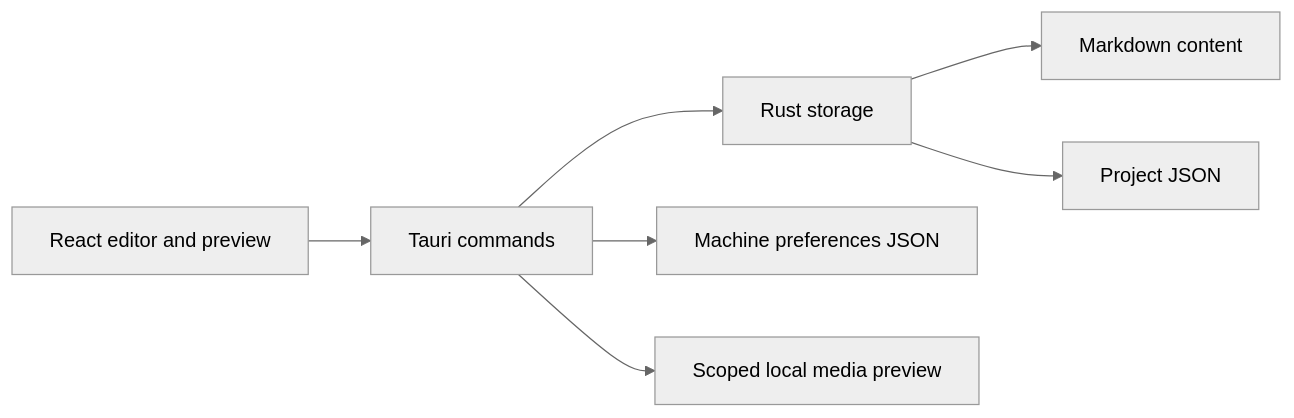
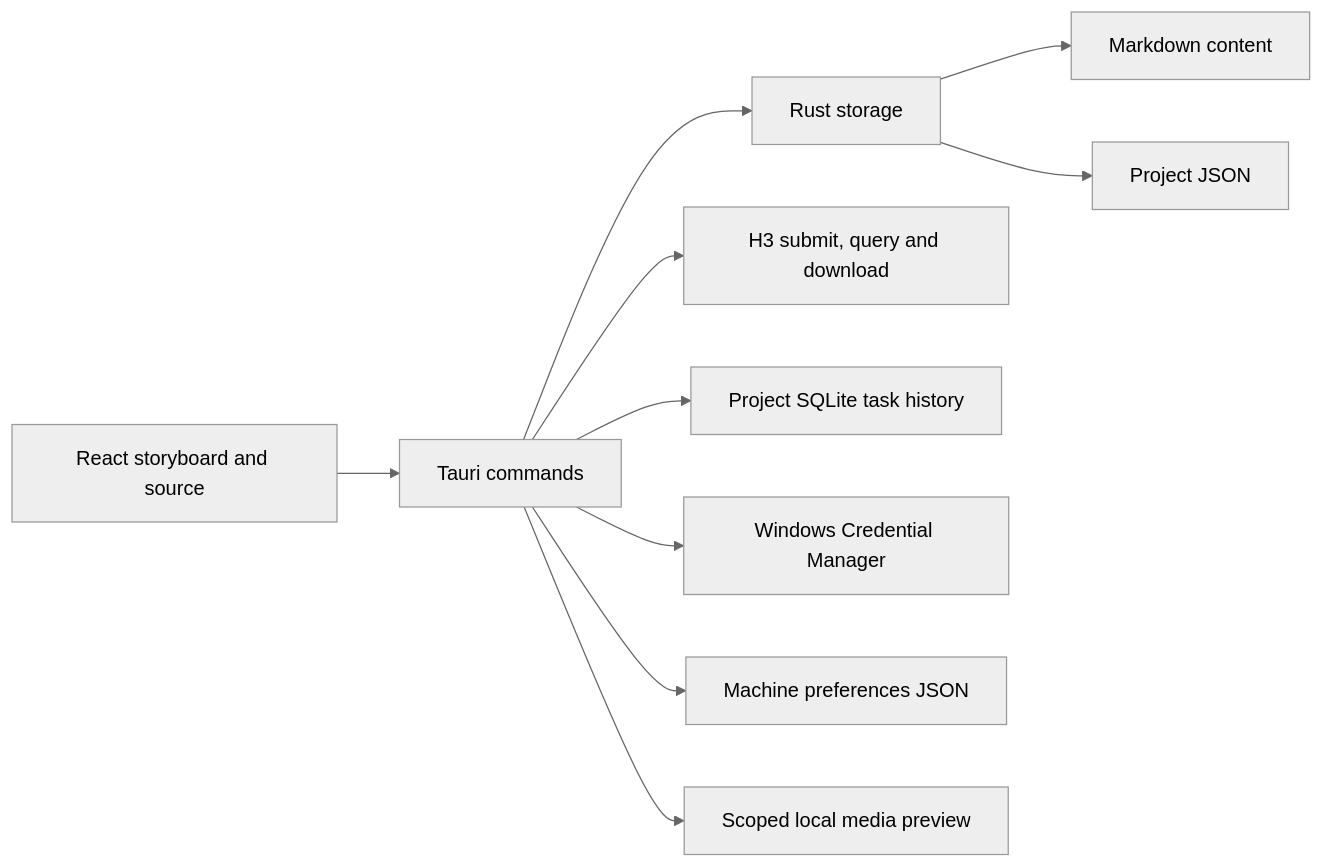
One commit to freesaber/drama-craft changed the diagram in doc/en/02-architecture.md. Above: the diagram before and after it, drawn with Mermaid (neutral theme). The commit also changed other lines of this file and 47 other files, not shown here.

````diff
--- a/doc/en/02-architecture.md
+++ b/doc/en/02-architecture.md
@@ -9,9 +9,12 @@
 ```mermaid
 flowchart LR
-  UI[React editor and preview] --> IPC[Tauri commands]
+  UI[React storyboard and source] --> IPC[Tauri commands]
   IPC --> FS[Rust storage]
   FS --> MD[Markdown content]
   FS --> META[Project JSON]
+  IPC --> H3[H3 submit, query and download]
+  IPC --> DB[Project SQLite task history]
+  IPC --> CRED[Windows Credential Manager]
   IPC --> PREF[Machine preferences JSON]
   IPC --> MEDIA[Scoped local media preview]
 ```
````
